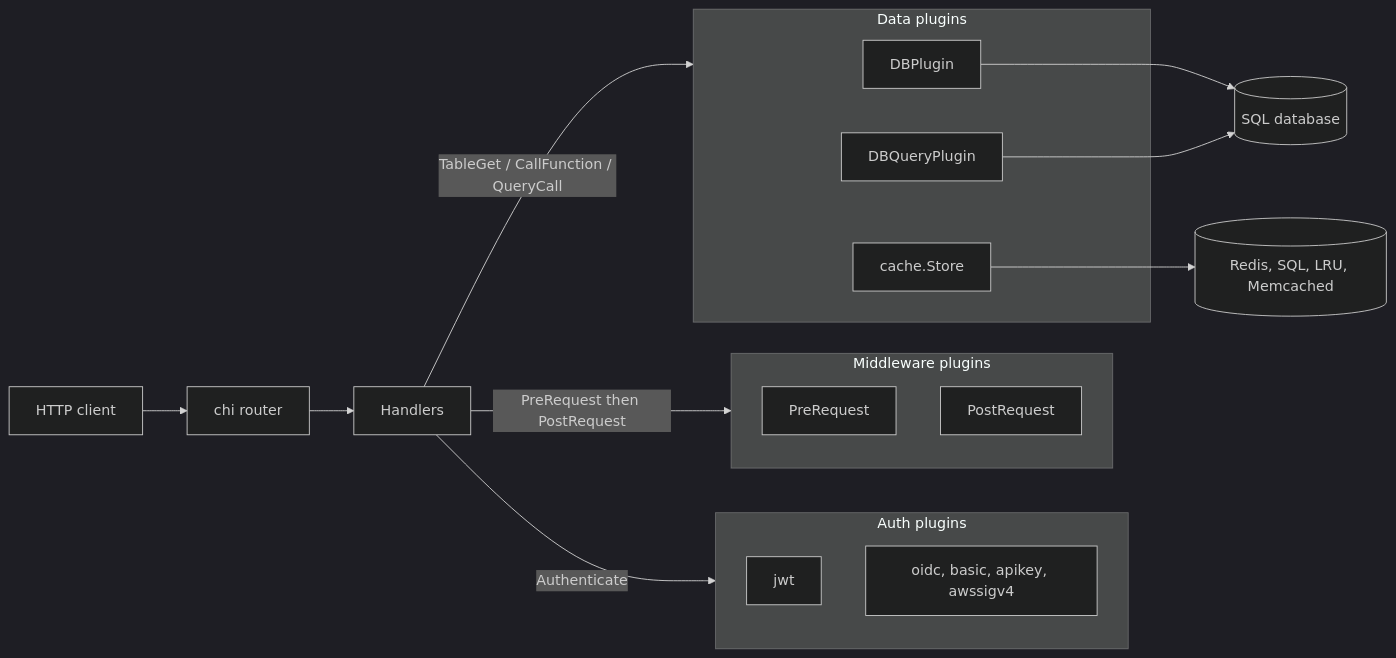
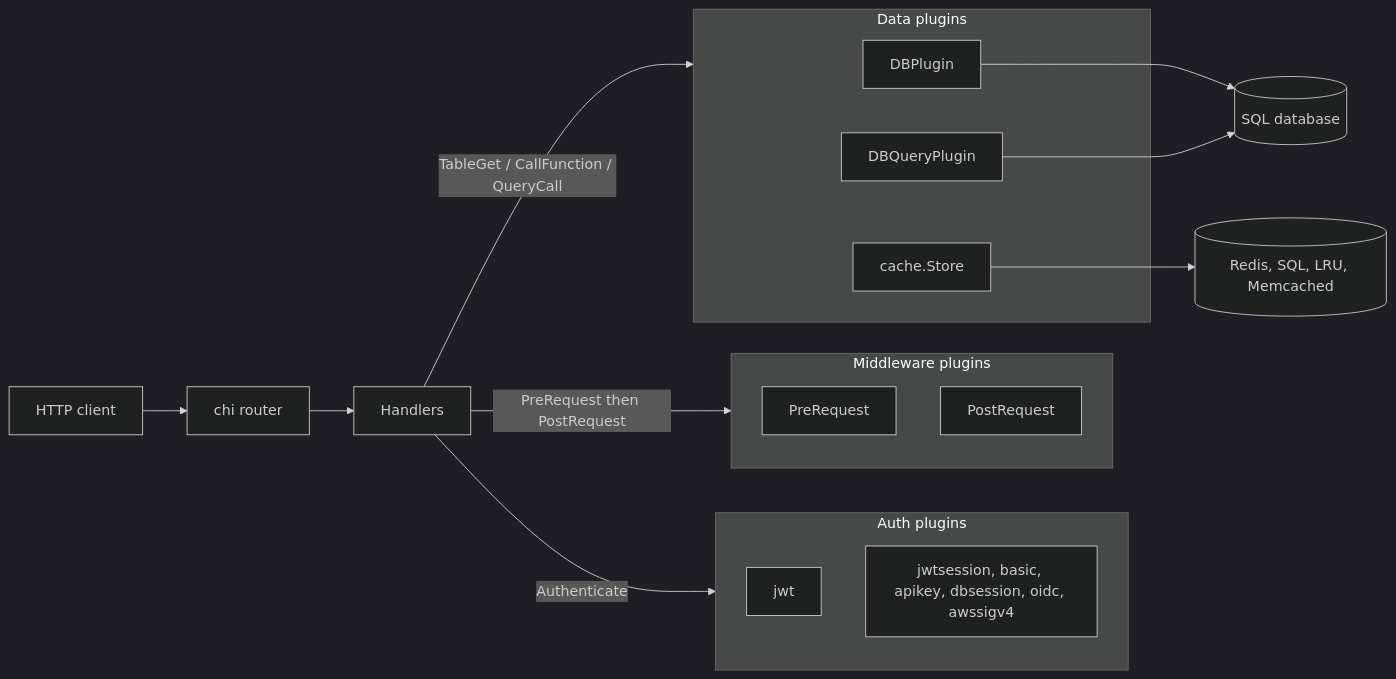
Before and after one commit to onegreyonewhite/easyrest: the first of 4 diagrams in README.md, drawn with Mermaid (dark theme). The commit also changed other lines of this file and 238 other files, not shown here.

````diff
--- a/README.md
+++ b/README.md
@@ -79,28 +72,28 @@
 ```mermaid
 flowchart LR
     Client[HTTP client] --> Router[chi router]
     Router --> Handlers[Handlers]
 
     subgraph authLayer [Auth plugins]
         AuthJWT[jwt]
-        AuthOther["oidc, basic, apikey, awssigv4"]
+        AuthOther["jwtsession, basic, apikey, dbsession, oidc, awssigv4"]
     end
 
     subgraph mwLayer [Middleware plugins]
         MwPre[PreRequest]
         MwPost[PostRequest]
     end
 
     subgraph dataLayer [Data plugins]
         DBPlug[DBPlugin]
         QueryPlug[DBQueryPlugin]
         CacheStore[cache.Store]
     end
 
     Handlers -->|"Authenticate"| authLayer
     Handlers -->|"PreRequest then PostRequest"| mwLayer
     Handlers -->|"TableGet / CallFunction / QueryCall"| dataLayer
     DBPlug --> SQL[(SQL database)]
     QueryPlug --> SQL
     CacheStore --> KV[("Redis, SQL, LRU, Memcached")]
 ```
````
